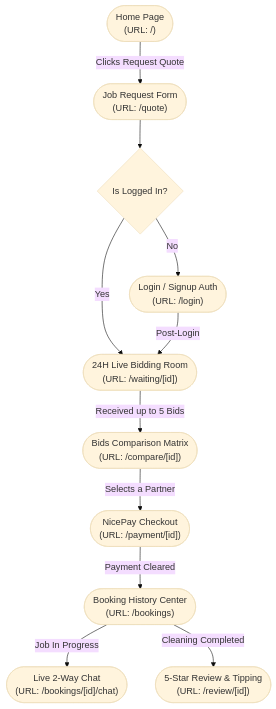
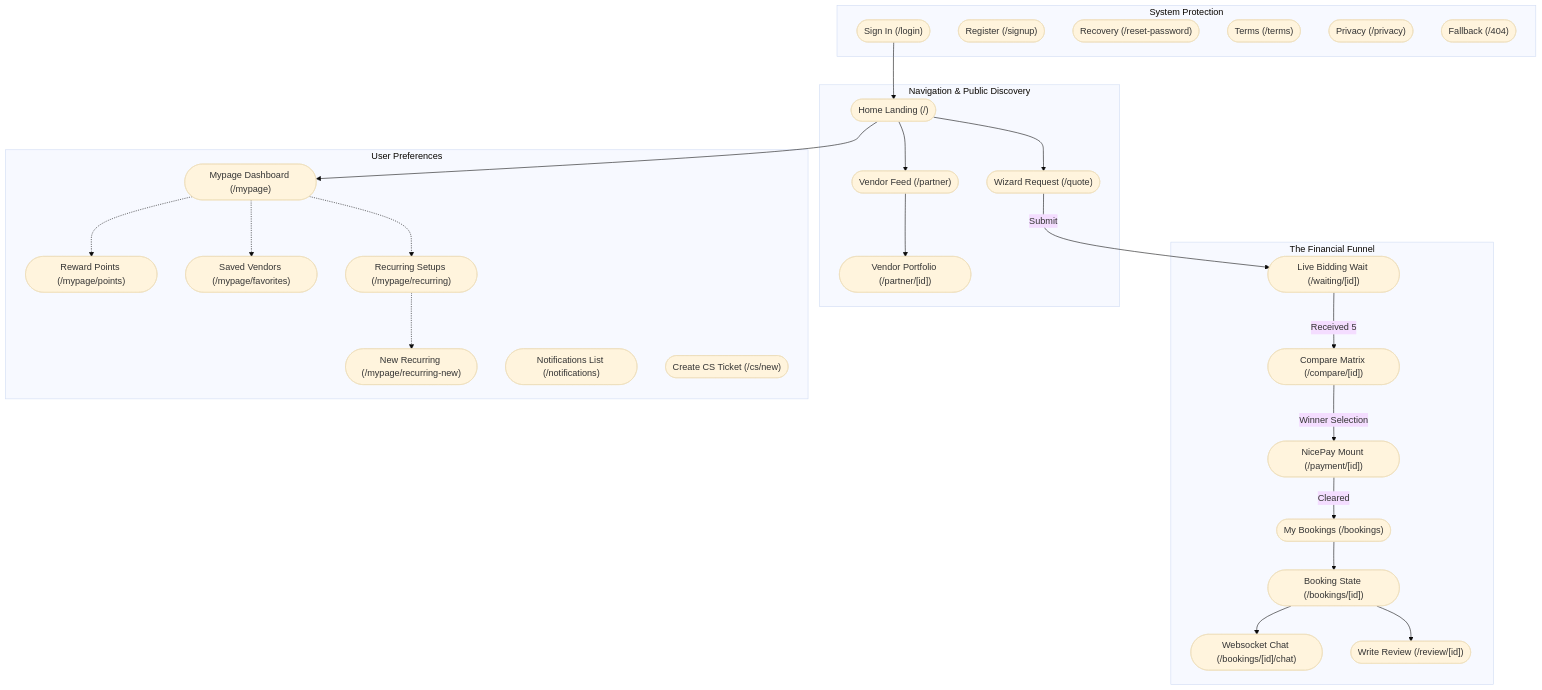
The diagram in Analysis/10_User_Flow_Vector_Diagrams_EN/01_Customer_Flow.md (oniiyachan/analysis), drawn with Mermaid (base theme) before and after one commit. The commit also changed other lines of this file and 5 other files, not shown here.

````diff
--- a/Analysis/10_User_Flow_Vector_Diagrams_EN/01_Customer_Flow.md
+++ b/Analysis/10_User_Flow_Vector_Diagrams_EN/01_Customer_Flow.md
@@ -5,14 +4,42 @@
 ```mermaid
 graph TD
-    A(["Home Page<br/>(URL: /)"]) -->|Clicks Request Quote| B(["Job Request Form<br/>(URL: /quote)"])
-    B --> C{"Is Logged In?"}
-    C -->|No| D(["Login / Signup Auth<br/>(URL: /login)"])
-    C -->|Yes| E(["24H Live Bidding Room<br/>(URL: /waiting/[id])"])
-    D -->|Post-Login| E
-    E -->|Received up to 5 Bids| F(["Bids Comparison Matrix<br/>(URL: /compare/[id])"])
-    F -->|Selects a Partner| G(["NicePay Checkout<br/>(URL: /payment/[id])"])
-    G -->|Payment Cleared| H(["Booking History Center<br/>(URL: /bookings)"])
-    H -->|Job In Progress| I(["Live 2-Way Chat<br/>(URL: /bookings/[id]/chat)"])
-    H -->|Cleaning Completed| J(["5-Star Review & Tipping<br/>(URL: /review/[id])"])
-    
+    subgraph Discovery [Navigation & Public Discovery]
+        H(["Home Landing (/)"]) --> Q(["Wizard Request (/quote)"])
+        H --> P1(["Vendor Feed (/partner)"])
+        P1 --> P2(["Vendor Portfolio (/partner/[id])"])
+    end
+
+    subgraph Core_Funnel [The Financial Funnel]
+        Q -->|Submit| W(["Live Bidding Wait (/waiting/[id])"])
+        W -->|Received 5| C(["Compare Matrix (/compare/[id])"])
+        C -->|Winner Selection| P(["NicePay Mount (/payment/[id])"])
+        P -->|Cleared| B1(["My Bookings (/bookings)"])
+        B1 --> B2(["Booking State (/bookings/[id])"])
+        B2 --> B3(["Websocket Chat (/bookings/[id]/chat)"])
+        B2 --> R(["Write Review (/review/[id])"])
+    end
+
+    subgraph My_Page [User Preferences]
+        M1(["Mypage Dashboard (/mypage)"])
+        M2(["Reward Points (/mypage/points)"])
+        M3(["Saved Vendors (/mypage/favorites)"])
+        M4(["Recurring Setups (/mypage/recurring)"])
+        M5(["New Recurring (/mypage/recurring-new)"])
+        N1(["Notifications List (/notifications)"])
+        CS(["Create CS Ticket (/cs/new)"])
+    end
+
+    subgraph Auth_Legal [System Protection]
+        L1(["Sign In (/login)"])
+        L2(["Register (/signup)"])
+        L3(["Recovery (/reset-password)"])
+        L4(["Terms (/terms)"])
+        L5(["Privacy (/privacy)"])
+        L6(["Fallback (/404)"])
+    end
+
+    L1 --> H
+    H --> M1
+    M1 -.-> M2 & M3 & M4
+    M4 -.-> M5
 ```
````
